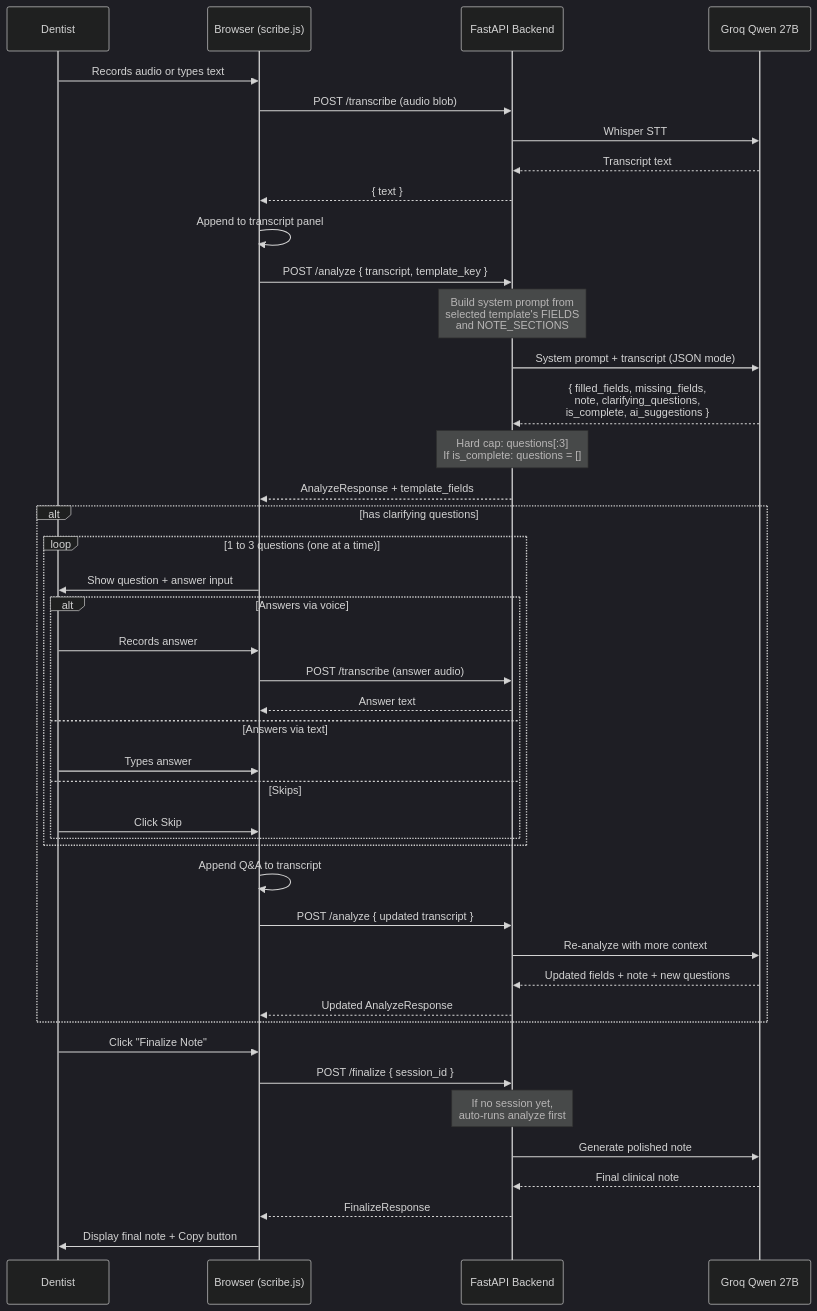
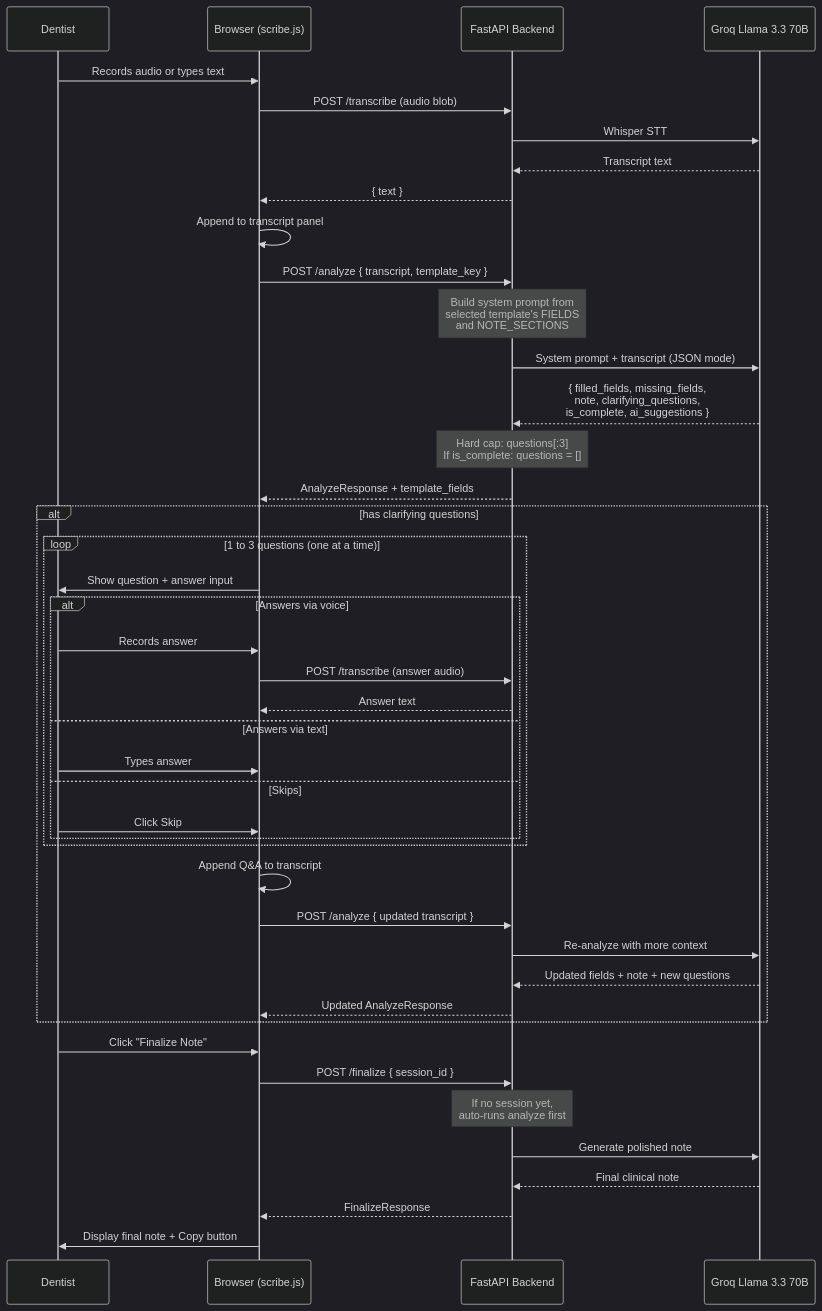
One commit to mihirgediya2001/milya-scribe-plus changed the second of 4 diagrams in README.md. Above: the diagram before and after it, drawn with Mermaid (dark theme). The commit also changed other lines of this file and 2 other files, not shown here.

First line of the commit message:
Switch LLM to Llama 3.3 70B (higher Groq free tier limits)

````diff
--- a/README.md
+++ b/README.md
@@ -80,49 +80,49 @@
 ```mermaid
 sequenceDiagram
     participant D as Dentist
     participant UI as Browser (scribe.js)
     participant API as FastAPI Backend
-    participant LLM as Groq Qwen 27B
+    participant LLM as Groq Llama 3.3 70B
 
     D->>UI: Records audio or types text
     UI->>API: POST /transcribe (audio blob)
     API->>LLM: Whisper STT
     LLM-->>API: Transcript text
     API-->>UI: { text }
     UI->>UI: Append to transcript panel
 
     UI->>API: POST /analyze { transcript, template_key }
     Note over API: Build system prompt from<br>selected template's FIELDS<br>and NOTE_SECTIONS
     API->>LLM: System prompt + transcript (JSON mode)
     LLM-->>API: { filled_fields, missing_fields,<br>note, clarifying_questions,<br>is_complete, ai_suggestions }
     Note over API: Hard cap: questions[:3]<br>If is_complete: questions = []
     API-->>UI: AnalyzeResponse + template_fields
 
     alt has clarifying questions
         loop 1 to 3 questions (one at a time)
             UI->>D: Show question + answer input
             alt Answers via voice
                 D->>UI: Records answer
                 UI->>API: POST /transcribe (answer audio)
                 API-->>UI: Answer text
             else Answers via text
                 D->>UI: Types answer
             else Skips
                 D->>UI: Click Skip
             end
         end
         UI->>UI: Append Q&A to transcript
         UI->>API: POST /analyze { updated transcript }
         API->>LLM: Re-analyze with more context
         LLM-->>API: Updated fields + note + new questions
         API-->>UI: Updated AnalyzeResponse
     end
 
     D->>UI: Click "Finalize Note"
     UI->>API: POST /finalize { session_id }
     Note over API: If no session yet,<br>auto-runs analyze first
     API->>LLM: Generate polished note
     LLM-->>API: Final clinical note
     API-->>UI: FinalizeResponse
     UI->>D: Display final note + Copy button
 ```
````
